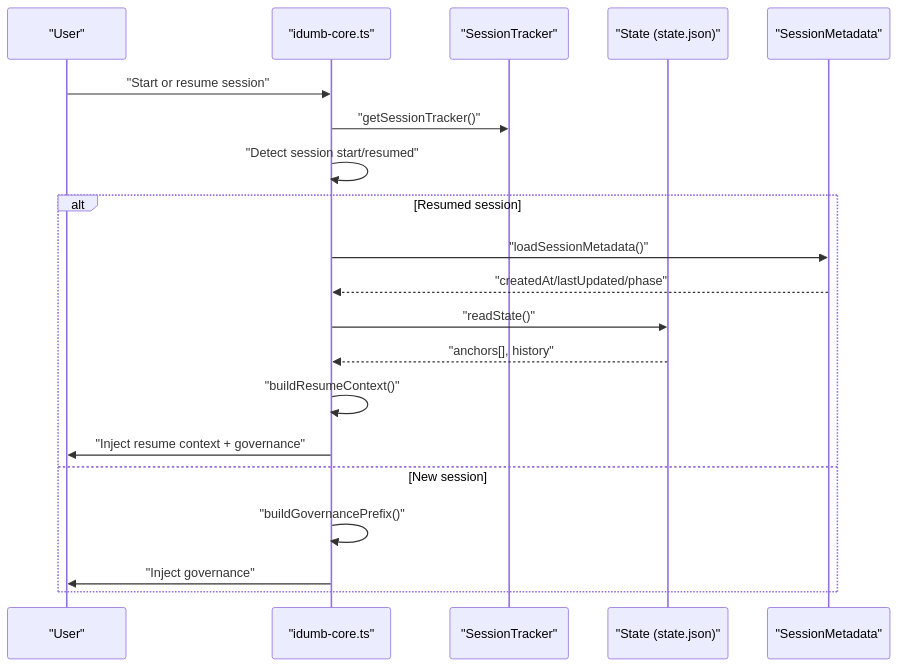
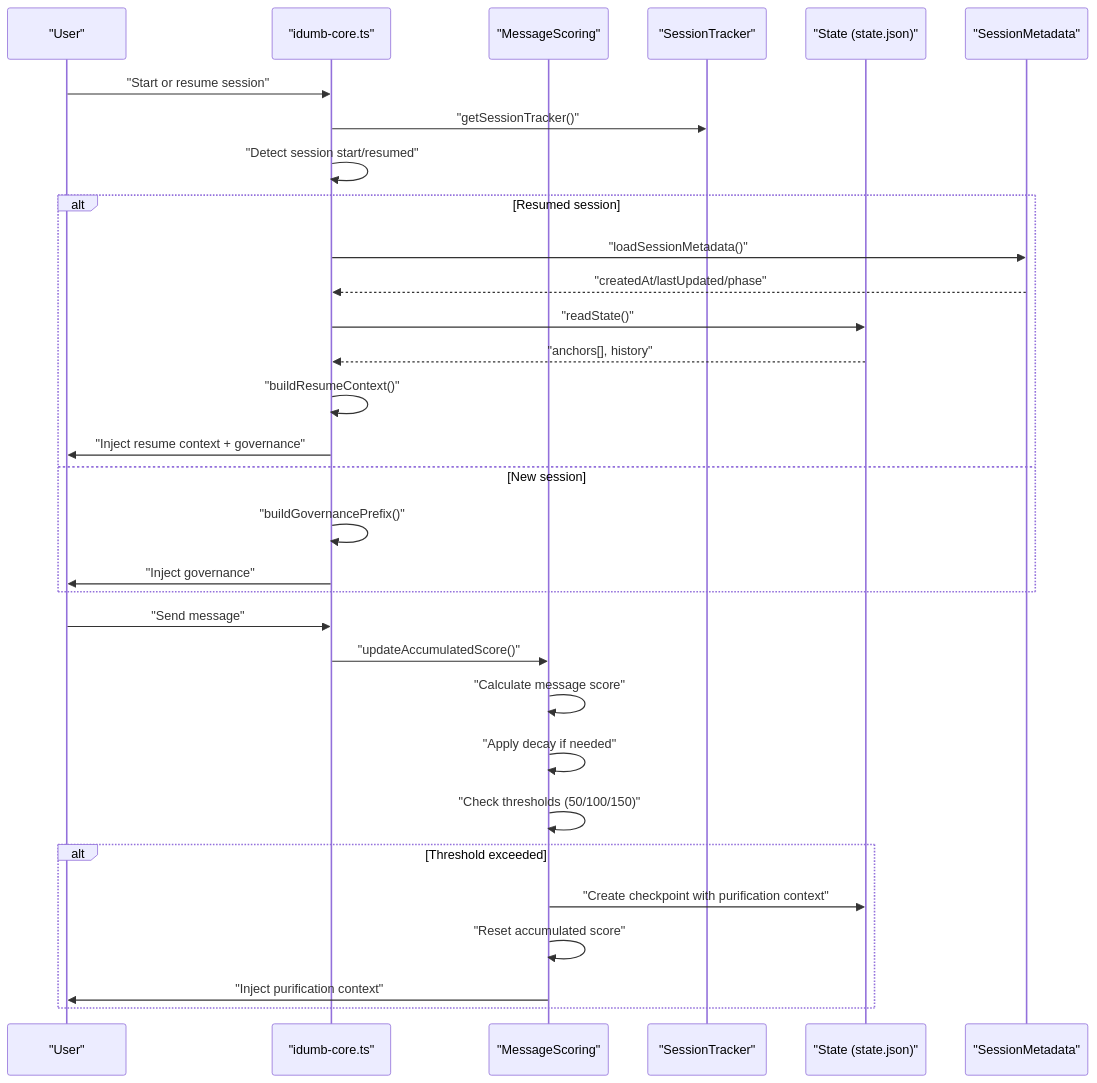
Before and after one commit to shynlee04/idumb-plugin: the second of 10 diagrams in .qoder/repowiki/en/content/State Management/Context Preservation.md, drawn with Mermaid. The commit also changed other lines of this file and 19 other files, not shown here.

````diff
--- a/.qoder/repowiki/en/content/State Management/Context Preservation.md
+++ b/.qoder/repowiki/en/content/State Management/Context Preservation.md
@@ -93,22 +118,33 @@
 ```mermaid
 sequenceDiagram
 participant User as "User"
 participant Core as "idumb-core.ts"
+participant Score as "MessageScoring"
 participant Tracker as "SessionTracker"
 participant State as "State (state.json)"
 participant Meta as "SessionMetadata"
 User->>Core : "Start or resume session"
 Core->>Tracker : "getSessionTracker()"
 Core->>Core : "Detect session start/resumed"
 alt Resumed session
 Core->>Meta : "loadSessionMetadata()"
 Meta-->>Core : "createdAt/lastUpdated/phase"
 Core->>State : "readState()"
 State-->>Core : "anchors[], history"
 Core->>Core : "buildResumeContext()"
 Core->>User : "Inject resume context + governance"
 else New session
 Core->>Core : "buildGovernancePrefix()"
 Core->>User : "Inject governance"
 end
+User->>Core : "Send message"
+Core->>Score : "updateAccumulatedScore()"
+Score->>Score : "Calculate message score"
+Score->>Score : "Apply decay if needed"
+Score->>Score : "Check thresholds (50/100/150)"
+alt Threshold exceeded
+Score->>State : "Create checkpoint with purification context"
+Score->>Score : "Reset accumulated score"
+Score->>User : "Inject purification context"
+end
 ```
````
